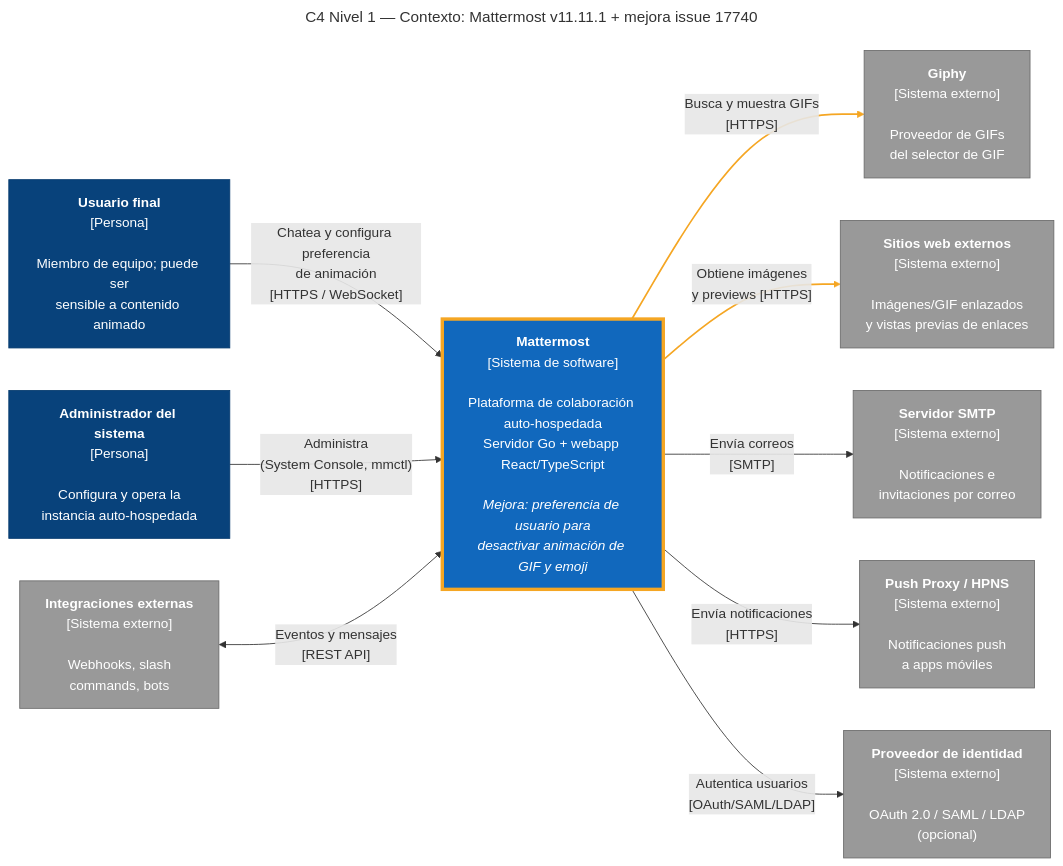
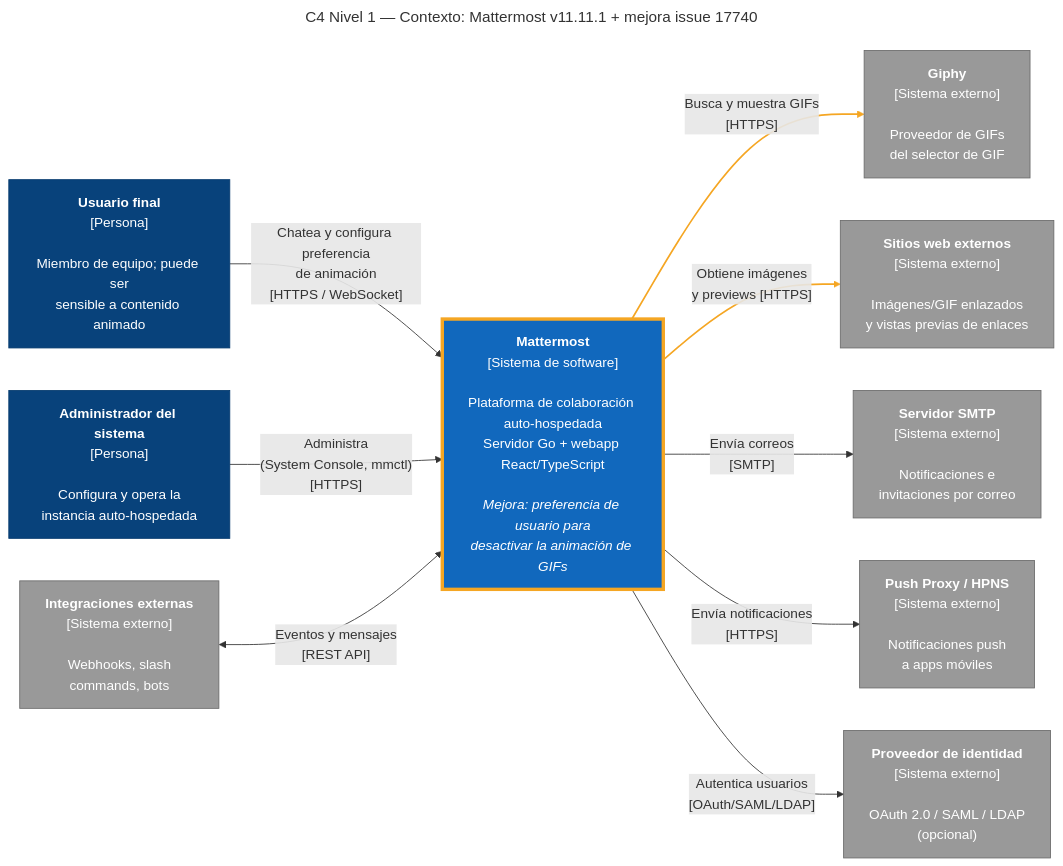
The diagram in docs/03-technical-spec/c4-contexto.md (amoramongeCenfo/PSWE-07_Procesos_Administracion), drawn with Mermaid before and after one commit. The commit also changed other lines of this file and 10 other files, not shown here.

Commit message:
docs: C4 nivel 2 as code y alcance de la mejora limitado a GIFs (#40)

````diff
--- a/docs/03-technical-spec/c4-contexto.md
+++ b/docs/03-technical-spec/c4-contexto.md
@@ -13,35 +13,35 @@
 ```mermaid
 ---
 title: "C4 Nivel 1 — Contexto: Mattermost v11.11.1 + mejora issue 17740"
 ---
 flowchart LR
     usuario["<b>Usuario final</b><br/>[Persona]<br/><br/>Miembro de equipo; puede ser<br/>sensible a contenido animado"]
     admin["<b>Administrador del sistema</b><br/>[Persona]<br/><br/>Configura y opera la<br/>instancia auto-hospedada"]
 
-    mm["<b>Mattermost</b><br/>[Sistema de software]<br/><br/>Plataforma de colaboración auto-hospedada<br/>Servidor Go + webapp React/TypeScript<br/><br/><i>Mejora: preferencia de usuario para<br/>desactivar animación de GIF y emoji</i>"]
+    mm["<b>Mattermost</b><br/>[Sistema de software]<br/><br/>Plataforma de colaboración auto-hospedada<br/>Servidor Go + webapp React/TypeScript<br/><br/><i>Mejora: preferencia de usuario para<br/>desactivar la animación de GIFs</i>"]
 
     giphy["<b>Giphy</b><br/>[Sistema externo]<br/><br/>Proveedor de GIFs<br/>del selector de GIF"]
     web["<b>Sitios web externos</b><br/>[Sistema externo]<br/><br/>Imágenes/GIF enlazados<br/>y vistas previas de enlaces"]
     email["<b>Servidor SMTP</b><br/>[Sistema externo]<br/><br/>Notificaciones e<br/>invitaciones por correo"]
     push["<b>Push Proxy / HPNS</b><br/>[Sistema externo]<br/><br/>Notificaciones push<br/>a apps móviles"]
     idp["<b>Proveedor de identidad</b><br/>[Sistema externo]<br/><br/>OAuth 2.0 / SAML / LDAP<br/>(opcional)"]
     integ["<b>Integraciones externas</b><br/>[Sistema externo]<br/><br/>Webhooks, slash<br/>commands, bots"]
 
     usuario -- "Chatea y configura preferencia<br/>de animación<br/>[HTTPS / WebSocket]" --> mm
     admin -- "Administra<br/>(System Console, mmctl)<br/>[HTTPS]" --> mm
     mm -- "Busca y muestra GIFs<br/>[HTTPS]" --> giphy
     mm -- "Obtiene imágenes<br/>y previews [HTTPS]" --> web
     mm -- "Envía correos<br/>[SMTP]" --> email
     mm -- "Envía notificaciones<br/>[HTTPS]" --> push
     mm -- "Autentica usuarios<br/>[OAuth/SAML/LDAP]" --> idp
     integ <-- "Eventos y mensajes<br/>[REST API]" --> mm
 
     classDef person fill:#08427B,stroke:#073B6F,color:#fff
     classDef system fill:#1168BD,stroke:#0B4884,color:#fff
     classDef focus fill:#1168BD,stroke:#F5A623,stroke-width:4px,color:#fff
     classDef external fill:#999999,stroke:#6B6B6B,color:#fff
     class usuario,admin person
     class mm focus
     class giphy,web,email,push,idp,integ external
     linkStyle 2,3 stroke:#F5A623,stroke-width:2px
 ```
````
